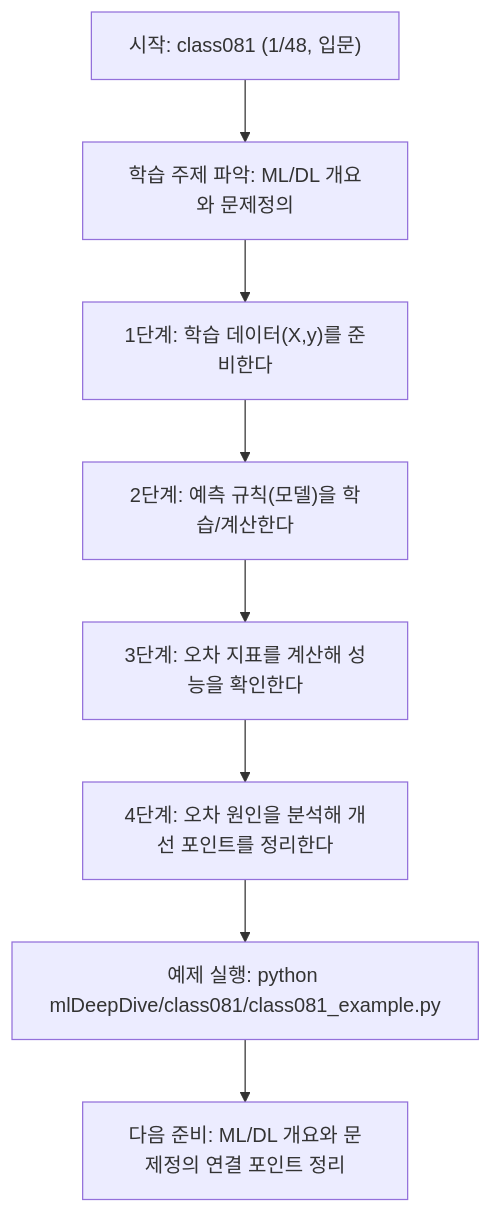
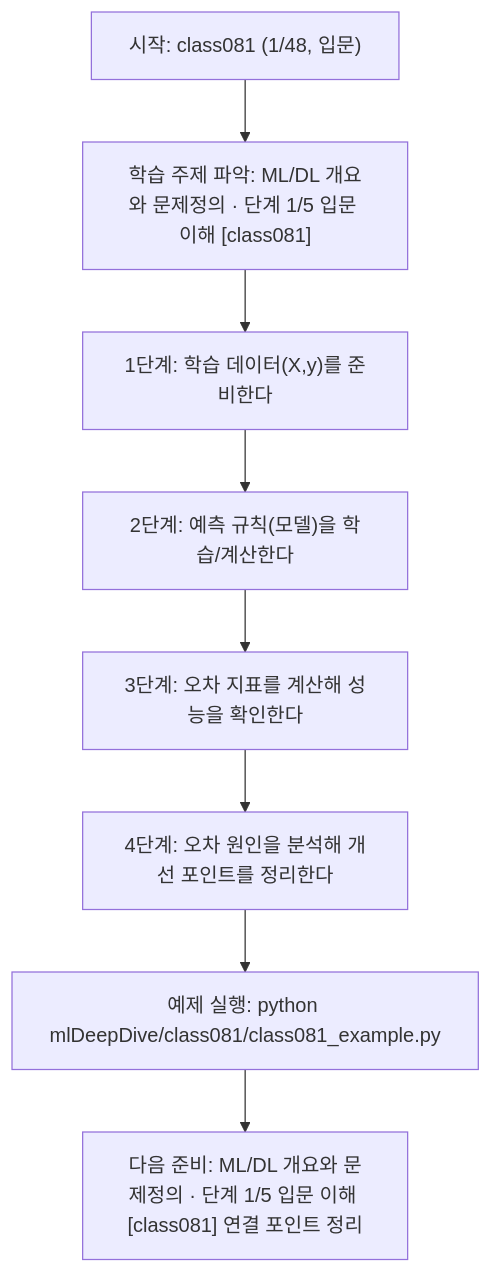
Before and after one commit to edumgt/Python-AI_Agent-Class: the diagram in mlDeepDive/class081/class081.md, drawn with Mermaid. The commit also changed other lines of this file and 522 other files, not shown here.

````diff
--- a/mlDeepDive/class081/class081.md
+++ b/mlDeepDive/class081/class081.md
@@ -110,18 +111,18 @@
 ```mermaid
 flowchart TD
 N1["시작: class081 (1/48, 입문)"]
-N2["학습 주제 파악: ML/DL 개요와 문제정의"]
+N2["학습 주제 파악: ML/DL 개요와 문제정의 · 단계 1/5 입문 이해 [class081]"]
 N3["1단계: 학습 데이터(X,y)를 준비한다"]
 N4["2단계: 예측 규칙(모델)을 학습/계산한다"]
 N5["3단계: 오차 지표를 계산해 성능을 확인한다"]
 N6["4단계: 오차 원인을 분석해 개선 포인트를 정리한다"]
 N7["예제 실행: python mlDeepDive/class081/class081_example.py"]
-N8["다음 준비: ML/DL 개요와 문제정의 연결 포인트 정리"]
+N8["다음 준비: ML/DL 개요와 문제정의 · 단계 1/5 입문 이해 [class081] 연결 포인트 정리"]
 N1 --> N2
 N2 --> N3
 N3 --> N4
 N4 --> N5
 N5 --> N6
 N6 --> N7
 N7 --> N8
 ```
````
